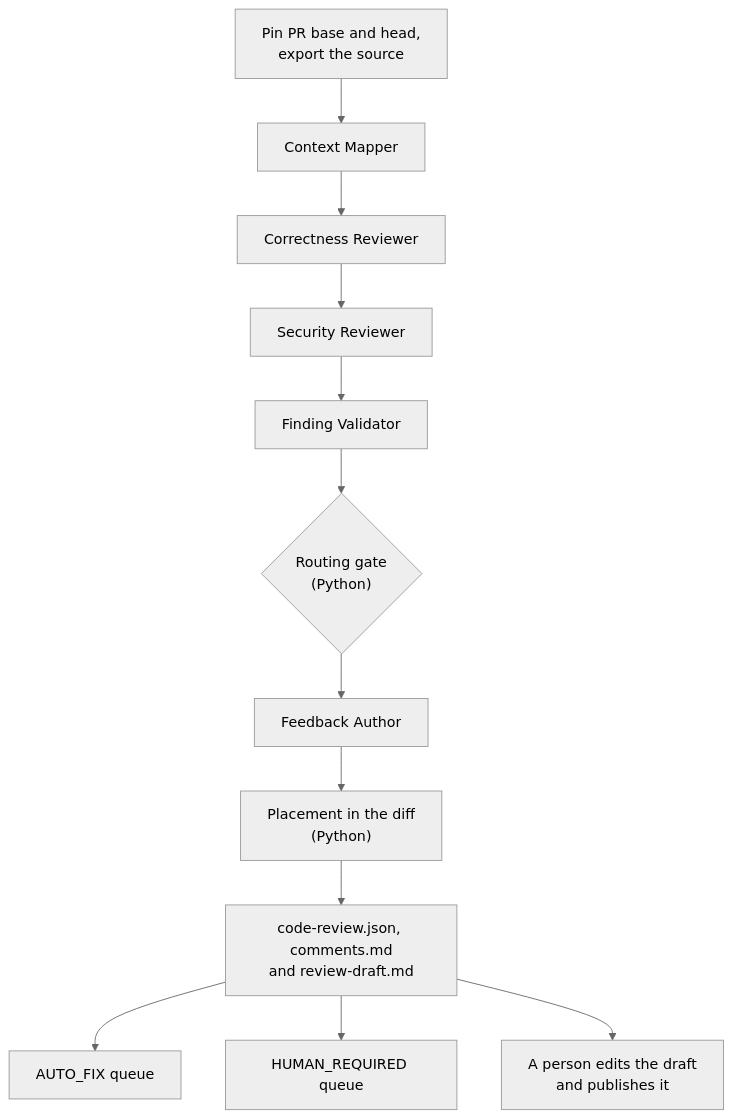
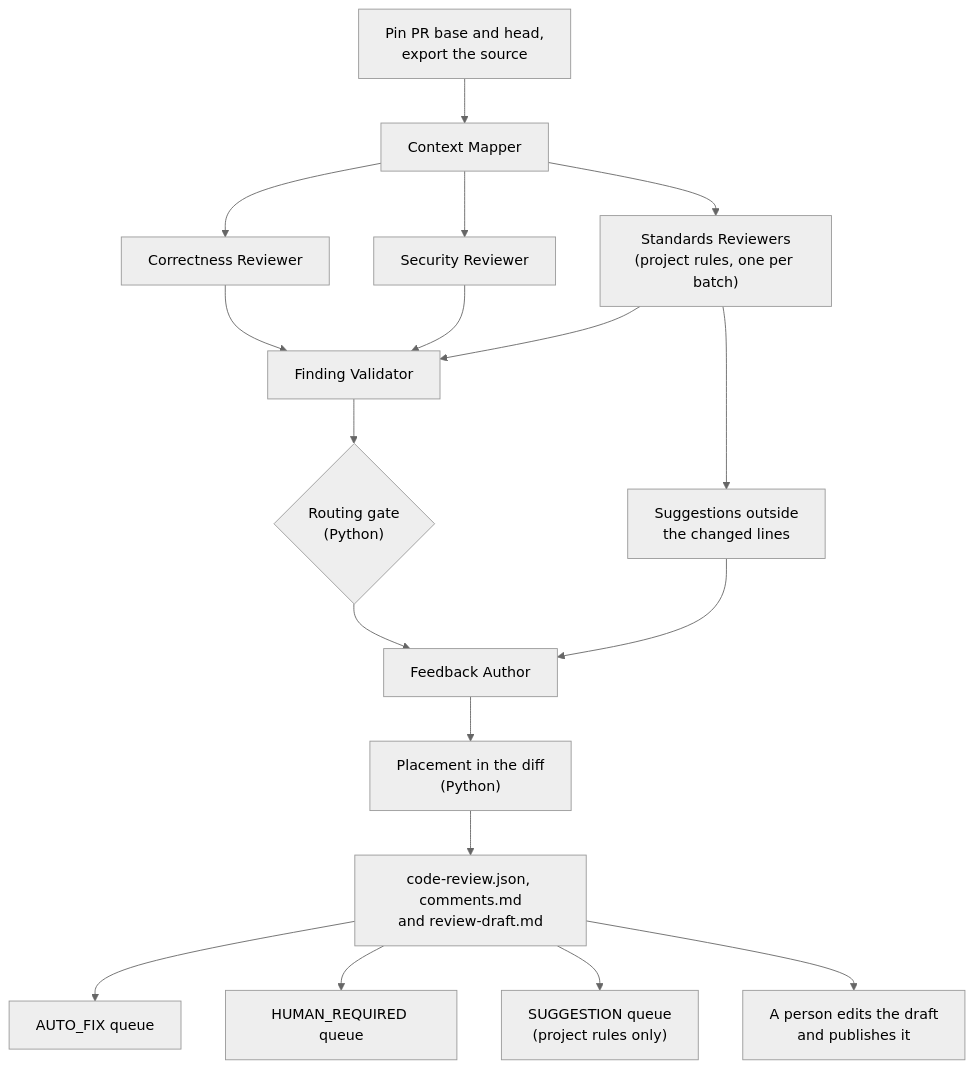
Before and after one commit to somr/awscao_agenticwflw: the first of 6 diagrams in agentic-sdlc-docs/workflows/source-review.md, drawn with Mermaid (neutral theme). The commit also changed other lines of this file and 15 other files, not shown here.

First line of the commit message:
Document project rules for the reviewers

````diff
--- a/agentic-sdlc-docs/workflows/source-review.md
+++ b/agentic-sdlc-docs/workflows/source-review.md
@@ -26,14 +26,20 @@
 ```mermaid
 flowchart TD
     A["Pin PR base and head,<br/>export the source"] --> B[Context Mapper]
     B --> C[Correctness Reviewer]
-    C --> D[Security Reviewer]
-    D --> E[Finding Validator]
+    B --> D[Security Reviewer]
+    B --> S["Standards Reviewers<br/>(project rules, one per batch)"]
+    C --> E[Finding Validator]
+    D --> E
+    S --> E
+    S --> SG["Suggestions outside<br/>the changed lines"]
     E --> F{"Routing gate<br/>(Python)"}
     F --> G[Feedback Author]
+    SG --> G
     G --> P["Placement in the diff<br/>(Python)"]
     P --> H["code-review.json, comments.md<br/>and review-draft.md"]
     H --> I["AUTO_FIX queue"]
     H --> J["HUMAN_REQUIRED queue"]
+    H --> SQ["SUGGESTION queue<br/>(project rules only)"]
     H --> K["A person edits the draft<br/>and publishes it"]
 ```
````
